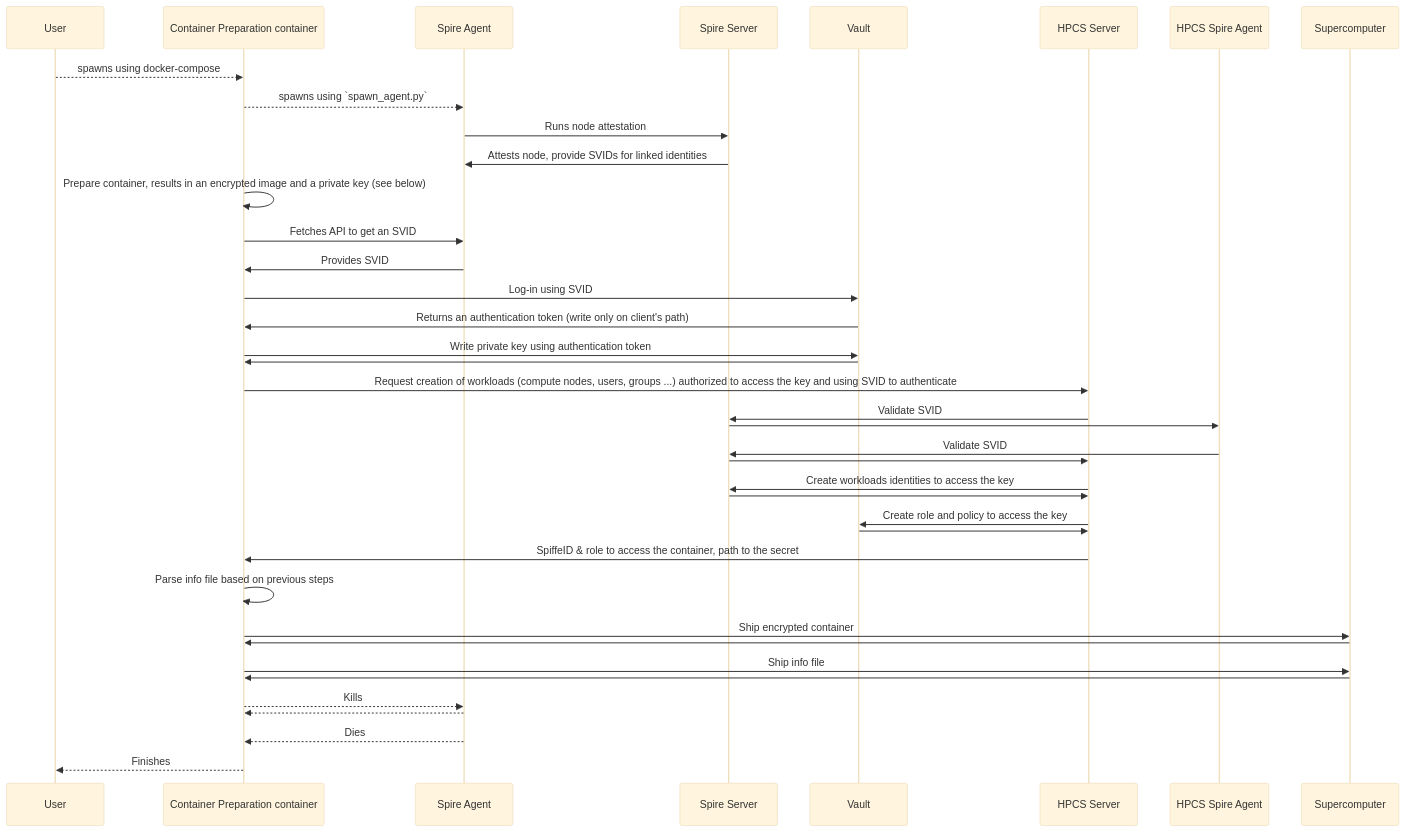
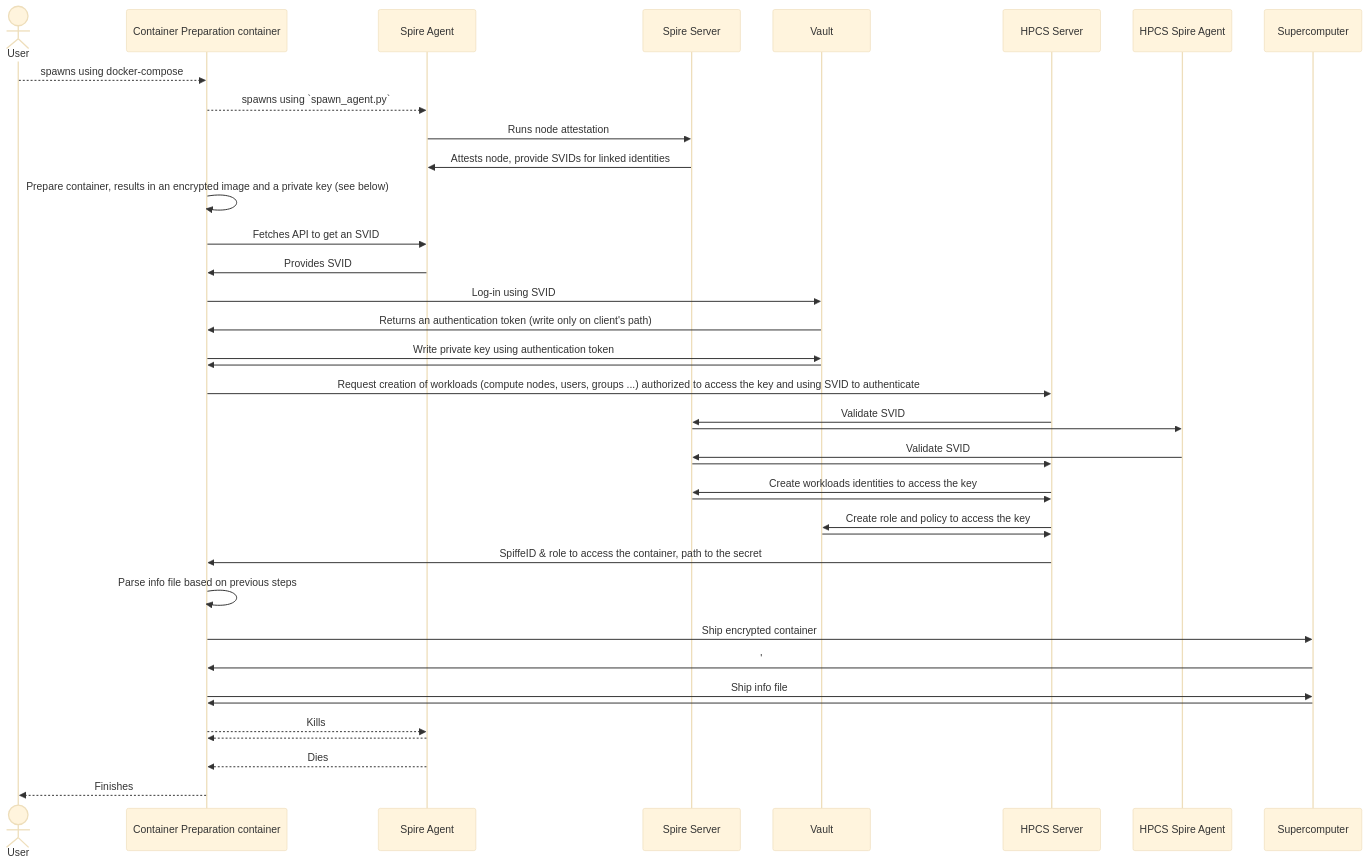
The first of 3 diagrams in docs/architecture/container_preparation.md (CSCfi/HPCS), drawn with Mermaid (base theme) before and after one commit. The commit also changed other lines of this file and 4 other files, not shown here.

Commit message:
job preparation sequence diagram + some fixs

````diff
--- a/docs/architecture/container_preparation.md
+++ b/docs/architecture/container_preparation.md
@@ -7,33 +7,34 @@
 ```mermaid
 sequenceDiagram
+    actor User
     User -->> Container Preparation container: spawns using docker-compose
     Container Preparation container -->> Spire Agent: spawns using `spawn_agent.py`
     Spire Agent ->> Spire Server: Runs node attestation
     Spire Server ->> Spire Agent: Attests node, provide SVIDs for linked identities
     Container Preparation container ->> Container Preparation container: Prepare container, results in an encrypted image and a private key (see below)
     Container Preparation container ->> Spire Agent: Fetches API to get an SVID
     Spire Agent ->> Container Preparation container: Provides SVID
     Container Preparation container ->> Vault: Log-in using SVID
     Vault ->> Container Preparation container: Returns an authentication token (write only on client's path)
     Container Preparation container ->> Vault: Write private key using authentication token
     Vault ->> Container Preparation container: 
     Container Preparation container ->> HPCS Server: Request creation of workloads (compute nodes, users, groups ...) authorized to access the key and using SVID to authenticate
     HPCS Server ->> Spire Server: Validate SVID
     Spire Server ->> HPCS Spire Agent: 
     HPCS Spire Agent ->> Spire Server: Validate SVID
     Spire Server ->> HPCS Server: 
     HPCS Server ->> Spire Server: Create workloads identities to access the key
     Spire Server ->> HPCS Server: 
     HPCS Server ->> Vault: Create role and policy to access the key
     Vault ->> HPCS Server: 
     HPCS Server ->> Container Preparation container: SpiffeID & role to access the container, path to the secret
     Container Preparation container ->> Container Preparation container: Parse info file based on previous steps
     Container Preparation container ->> Supercomputer: Ship encrypted container
-    Supercomputer ->> Container Preparation container: 
+    Supercomputer ->> Container Preparation container: ' 
     Container Preparation container ->> Supercomputer: Ship info file
     Supercomputer ->> Container Preparation container: 
     Container Preparation container -->> Spire Agent: Kills
     Spire Agent -->> Container Preparation container: 
-    Spire Agent -->> Container Preparation container: Dies 
+    Spire Agent -->> Container Preparation container: Dies
     Container Preparation container -->> User: Finishes
 ```
````
